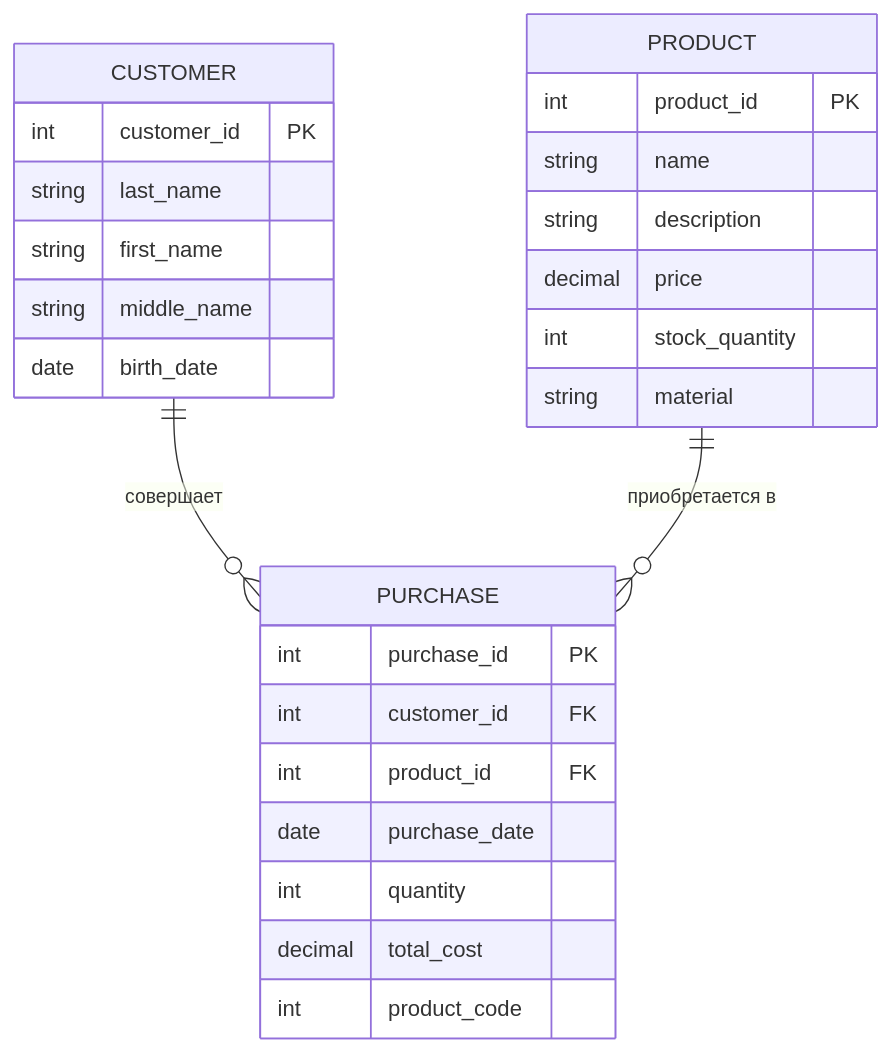
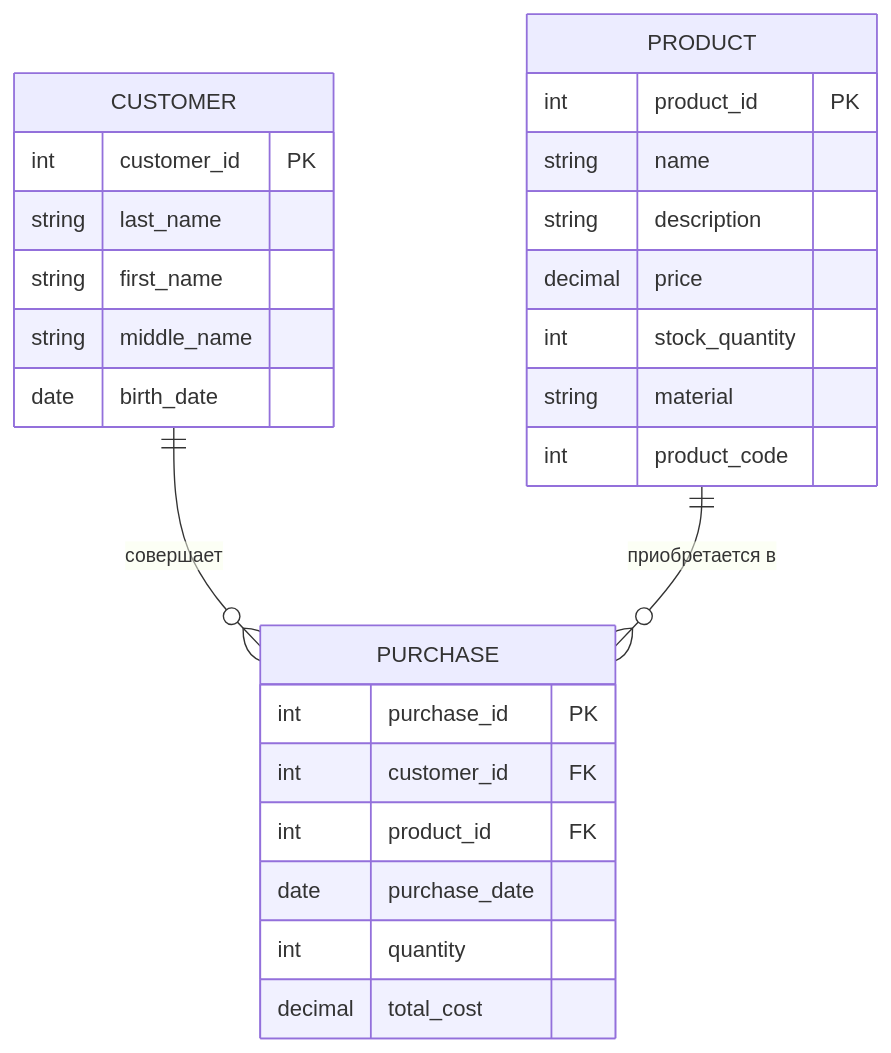
Before and after one commit to GlebSvetikov/OOP: the first of 2 diagrams in README.md, drawn with Mermaid. The commit also changed other lines of this file, not shown here.

````diff
--- a/README.md
+++ b/README.md
@@ -3,32 +3,32 @@
 ```mermaid
 erDiagram
     CUSTOMER ||--o{ PURCHASE : "совершает"
     PRODUCT ||--o{ PURCHASE : "приобретается в"
 
     CUSTOMER {
         int customer_id PK
         string last_name
         string first_name
         string middle_name
         date birth_date
     }
 
     PRODUCT {
         int product_id PK
         string name
         string description
         decimal price
         int stock_quantity
         string material
+        int product_code
     }
 
     PURCHASE {
         int purchase_id PK
         int customer_id FK
         int product_id FK
         date purchase_date
         int quantity
         decimal total_cost
-        int product_code
     }
 ```
````
